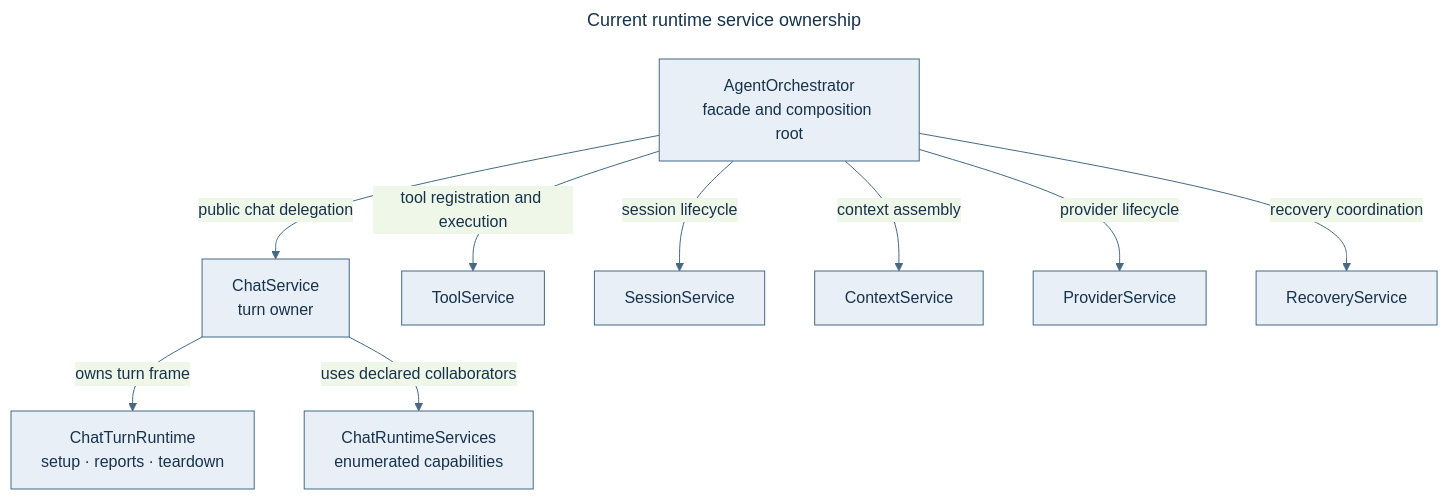
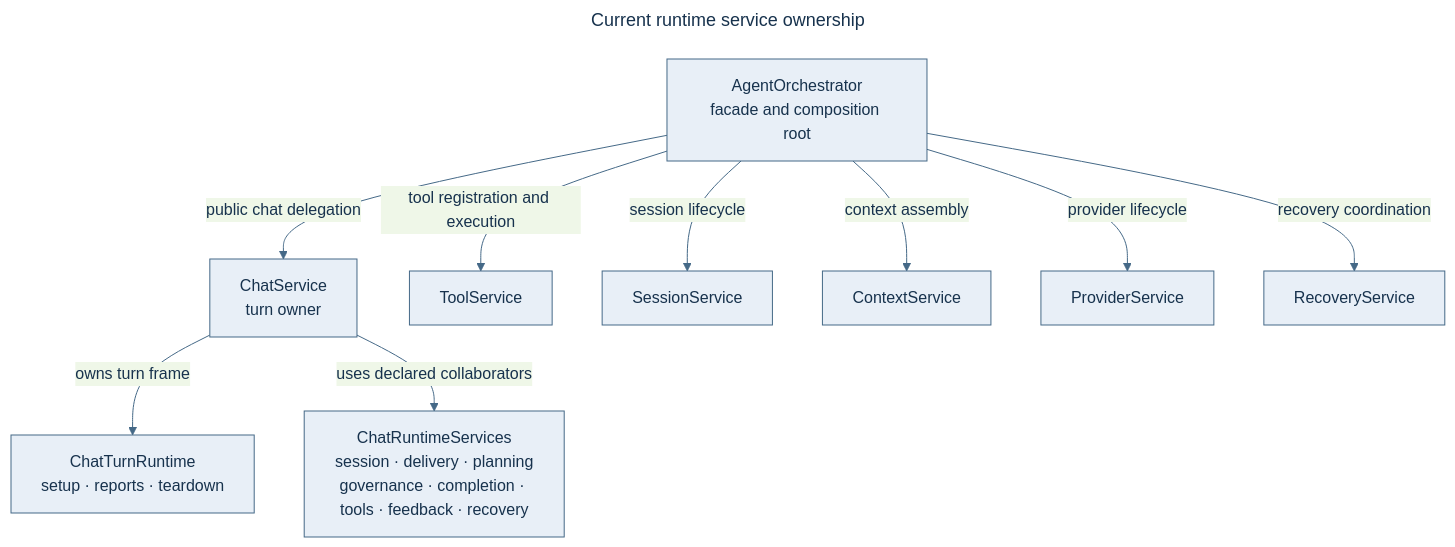
Before and after one commit to anvai-labs/victor: the second of 12 diagrams in docs/architecture.md, drawn with Mermaid. The commit also changed other lines of this file and 20 other files, not shown here.

````diff
--- a/docs/architecture.md
+++ b/docs/architecture.md
@@ -132,24 +138,24 @@
 ```mermaid
 ---
 title: Current runtime service ownership
 ---
 %%{init: {"theme":"base","themeVariables":{"primaryColor":"#E8EFF7","primaryTextColor":"#17324D","primaryBorderColor":"#456987","lineColor":"#456987","fontFamily":"Arial"}}}%%
 flowchart TB
   O["AgentOrchestrator<br/>facade and composition root"]
   C["ChatService<br/>turn owner"]
   F["ChatTurnRuntime<br/>setup · reports · teardown"]
-  V["ChatRuntimeServices<br/>enumerated capabilities"]
+  V["ChatRuntimeServices<br/>session · delivery · planning<br/>governance · completion · tools · feedback · recovery"]
   T["ToolService"]
   S["SessionService"]
   X["ContextService"]
   P["ProviderService"]
   R["RecoveryService"]
   O -->|"public chat delegation"| C
   C -->|"owns turn frame"| F
   C -->|"uses declared collaborators"| V
   O -->|"tool registration and execution"| T
   O -->|"session lifecycle"| S
   O -->|"context assembly"| X
   O -->|"provider lifecycle"| P
   O -->|"recovery coordination"| R
 ```
````
